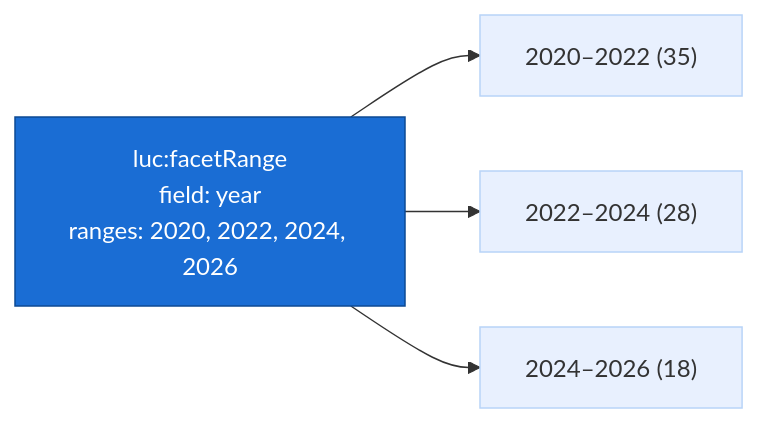
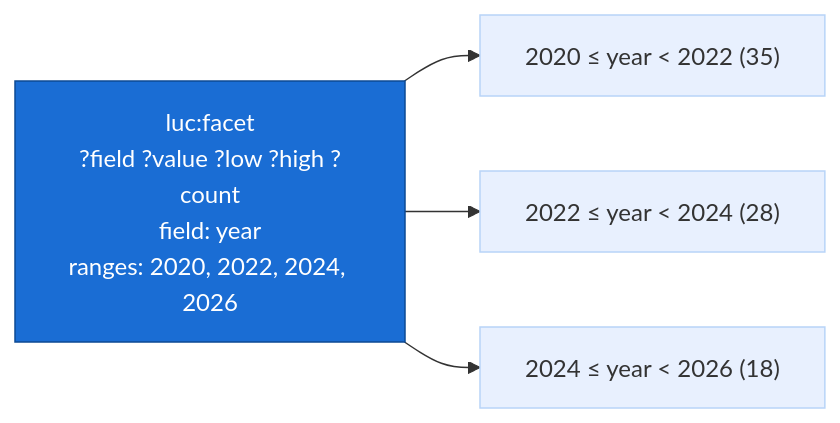
One commit to Kurrawong/jena changed the tenth of 12 diagrams in docs/08-use-cases.md. Above: the diagram before and after it, drawn with Mermaid. The commit also changed other lines of this file and 7 other files, not shown here.

First line of the commit message:
docs: document range facets design on luc:facet

````diff
--- a/docs/08-use-cases.md
+++ b/docs/08-use-cases.md
@@ -436,16 +436,16 @@
 ```mermaid
 flowchart LR
-    Query["luc:facetRange<br/>field: year<br/>ranges: 2020, 2022, 2024, 2026"]
-    R1["2020–2022 (35)"]
-    R2["2022–2024 (28)"]
-    R3["2024–2026 (18)"]
+    Query["luc:facet<br/>?field ?value ?low ?high ?count<br/>field: year<br/>ranges: 2020, 2022, 2024, 2026"]
+    R1["2020 ≤ year < 2022 (35)"]
+    R2["2022 ≤ year < 2024 (28)"]
+    R3["2024 ≤ year < 2026 (18)"]
 
     Query --> R1
     Query --> R2
     Query --> R3
 
     style Query fill:#1a6dd4,stroke:#0d4a94,color:#fff
     style R1 fill:#e8f0fe,stroke:#b8d4f8,color:#333
     style R2 fill:#e8f0fe,stroke:#b8d4f8,color:#333
     style R3 fill:#e8f0fe,stroke:#b8d4f8,color:#333
 ```
````
